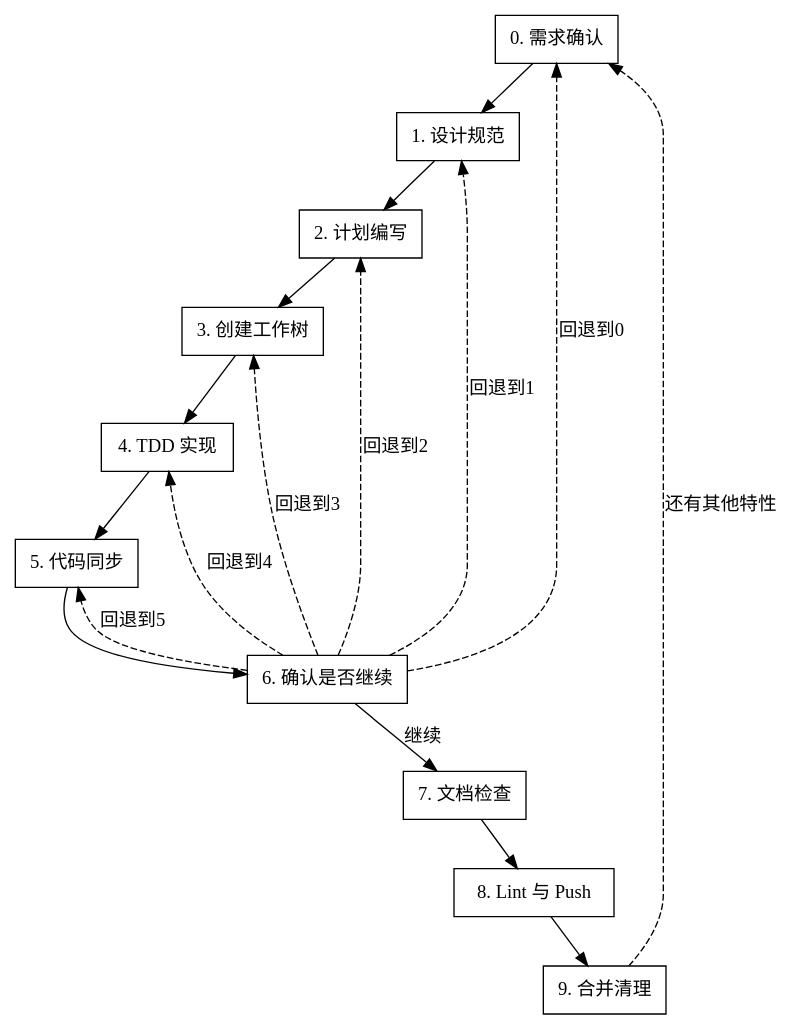
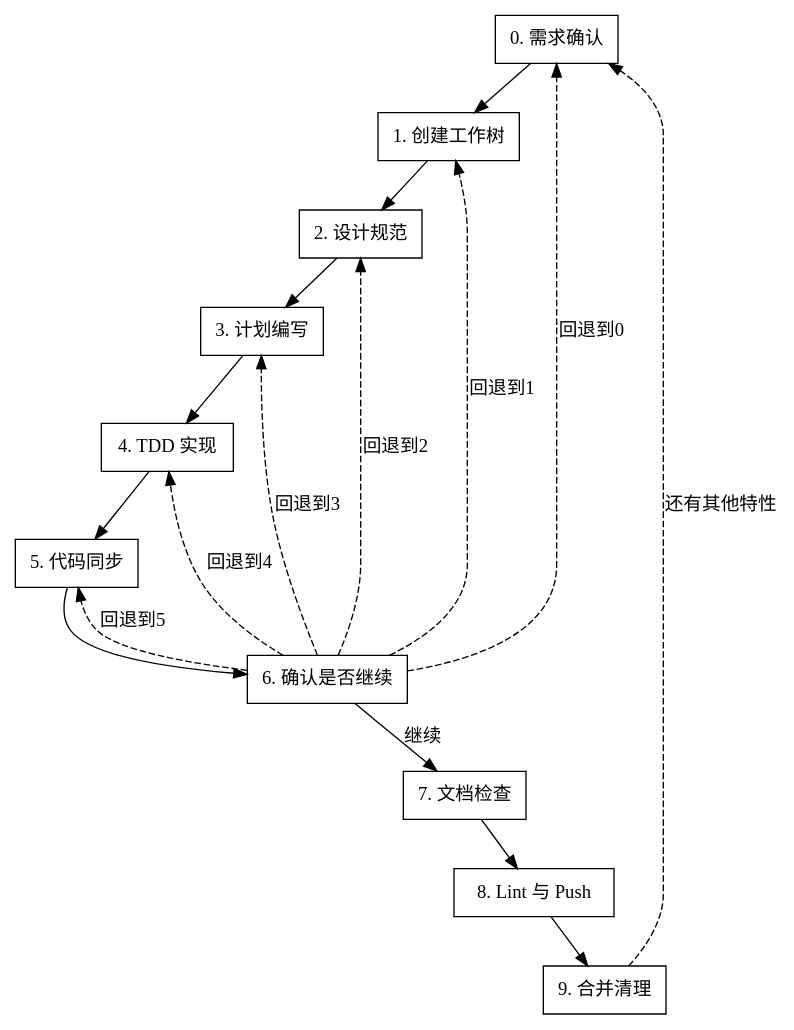
Before and after one commit to marcocpt/trae_skills: the diagram in feature-development-workflow/SKILL.md, drawn with Graphviz. The commit also changed other lines of this file, not shown here.

````diff
--- a/feature-development-workflow/SKILL.md
+++ b/feature-development-workflow/SKILL.md
@@ -22,22 +22,22 @@
 ```dot
 digraph feature_development_workflow {
     rankdir=TB;
     node [shape=box];
-    "0. 需求确认" -> "1. 设计规范";
-    "1. 设计规范" -> "2. 计划编写";
-    "2. 计划编写" -> "3. 创建工作树";
-    "3. 创建工作树" -> "4. TDD 实现";
+    "0. 需求确认" -> "1. 创建工作树";
+    "1. 创建工作树" -> "2. 设计规范";
+    "2. 设计规范" -> "3. 计划编写";
+    "3. 计划编写" -> "4. TDD 实现";
     "4. TDD 实现" -> "5. 代码同步";
     "5. 代码同步" -> "6. 确认是否继续";
     "6. 确认是否继续" -> "7. 文档检查" [label="继续"];
     "6. 确认是否继续" -> "0. 需求确认" [label="回退到0", style=dashed];
-    "6. 确认是否继续" -> "1. 设计规范" [label="回退到1", style=dashed];
-    "6. 确认是否继续" -> "2. 计划编写" [label="回退到2", style=dashed];
-    "6. 确认是否继续" -> "3. 创建工作树" [label="回退到3", style=dashed];
+    "6. 确认是否继续" -> "1. 创建工作树" [label="回退到1", style=dashed];
+    "6. 确认是否继续" -> "2. 设计规范" [label="回退到2", style=dashed];
+    "6. 确认是否继续" -> "3. 计划编写" [label="回退到3", style=dashed];
     "6. 确认是否继续" -> "4. TDD 实现" [label="回退到4", style=dashed];
     "6. 确认是否继续" -> "5. 代码同步" [label="回退到5", style=dashed];
     "7. 文档检查" -> "8. Lint 与 Push";
     "8. Lint 与 Push" -> "9. 合并清理";
     "9. 合并清理" -> "0. 需求确认" [label="还有其他特性", style=dashed];
 }
 ```
````
